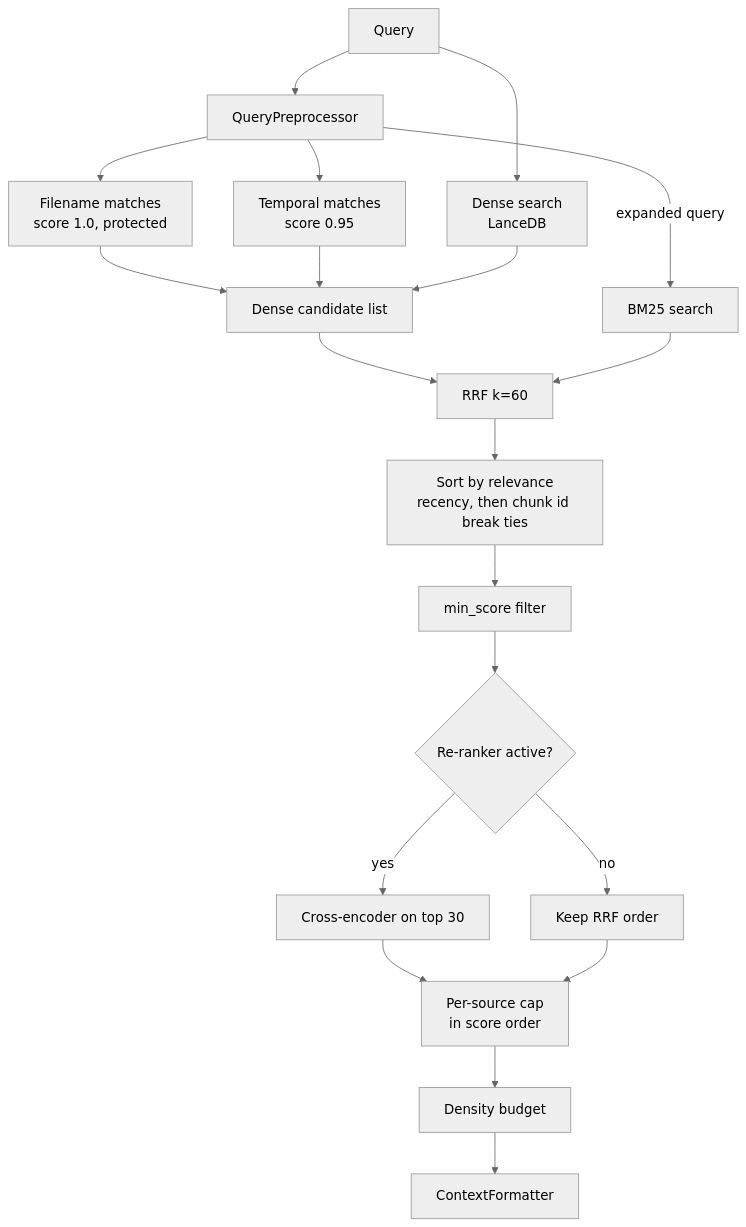
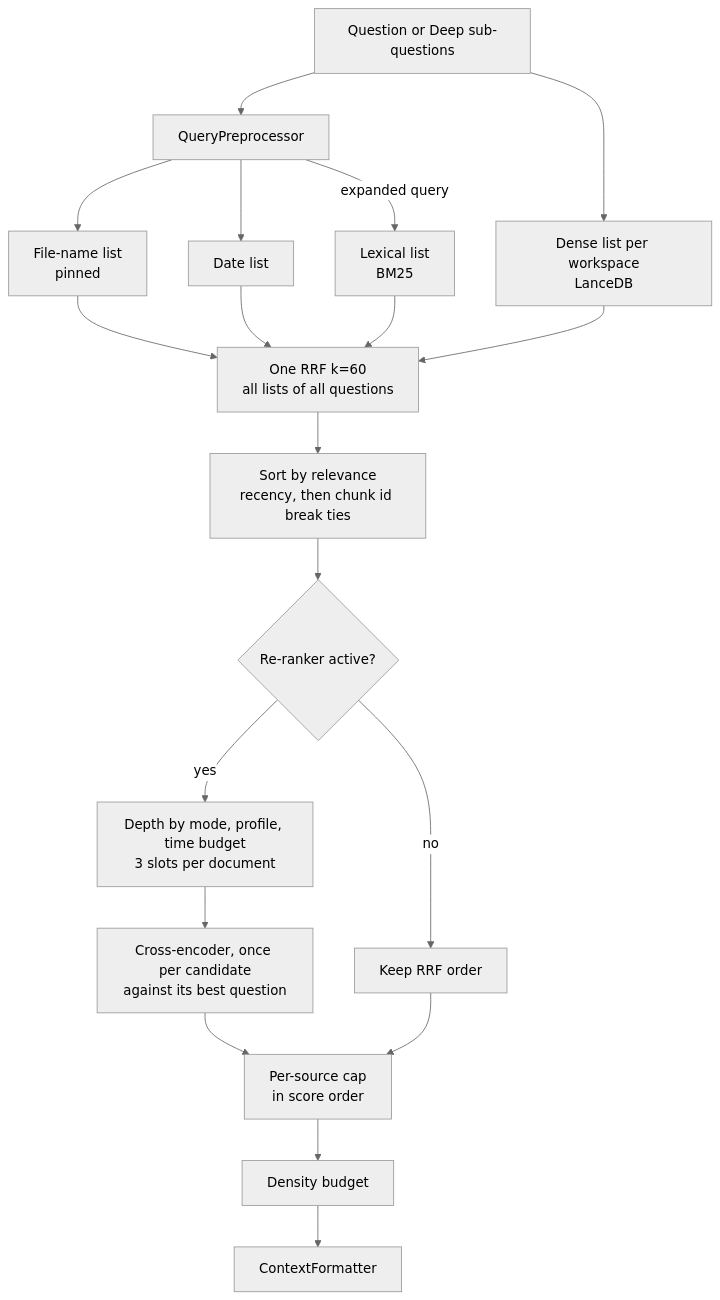
Before and after one commit to Levix-Digital/any-context: the diagram in docs/architecture/retrieval.md, drawn with Mermaid (neutral theme). The commit also changed other lines of this file and 9 other files, not shown here.

````diff
--- a/docs/architecture/retrieval.md
+++ b/docs/architecture/retrieval.md
@@ -38,18 +39,17 @@
 ```mermaid
 flowchart TD
-    Q[Query] --> P[QueryPreprocessor]
-    P --> F[Filename matches<br/>score 1.0, protected]
-    P --> T[Temporal matches<br/>score 0.95]
-    Q --> D[Dense search<br/>LanceDB]
-    P -->|expanded query| B[BM25 search]
-    F & T & D --> DL[Dense candidate list]
-    DL & B --> RRF[RRF k=60]
+    Q[Question or Deep sub-questions] --> P[QueryPreprocessor]
+    P --> F[File-name list<br/>pinned]
+    P --> T[Date list]
+    Q --> D[Dense list per workspace<br/>LanceDB]
+    P -->|expanded query| B[Lexical list<br/>BM25]
+    F & T & D & B --> RRF[One RRF k=60<br/>all lists of all questions]
     RRF --> SORT[Sort by relevance<br/>recency, then chunk id break ties]
-    SORT --> MS[min_score filter]
-    MS --> RR{Re-ranker active?}
-    RR -->|yes| CE[Cross-encoder on top 30]
+    SORT --> RR{Re-ranker active?}
+    RR -->|yes| PICK[Depth by mode, profile, time budget<br/>3 slots per document]
+    PICK --> CE[Cross-encoder, once per candidate<br/>against its best question]
     RR -->|no| KEEP[Keep RRF order]
     CE & KEEP --> DIV[Per-source cap<br/>in score order]
     DIV --> BUD[Density budget]
     BUD --> FMT[ContextFormatter]
 ```
````
